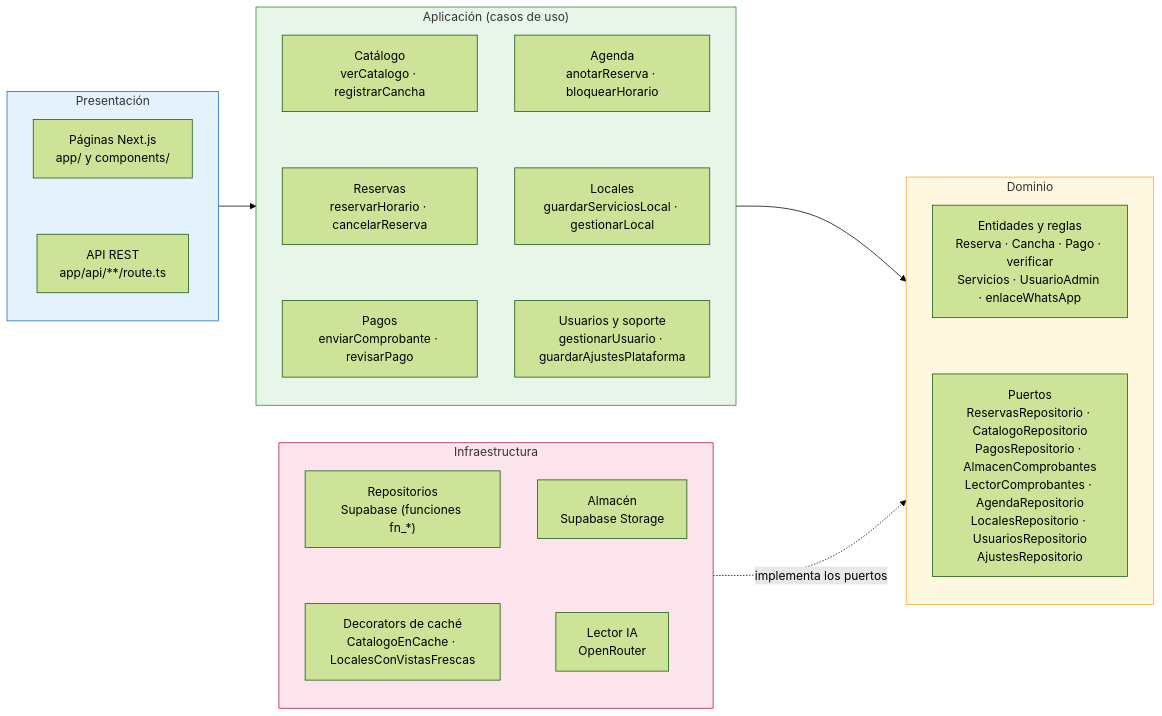
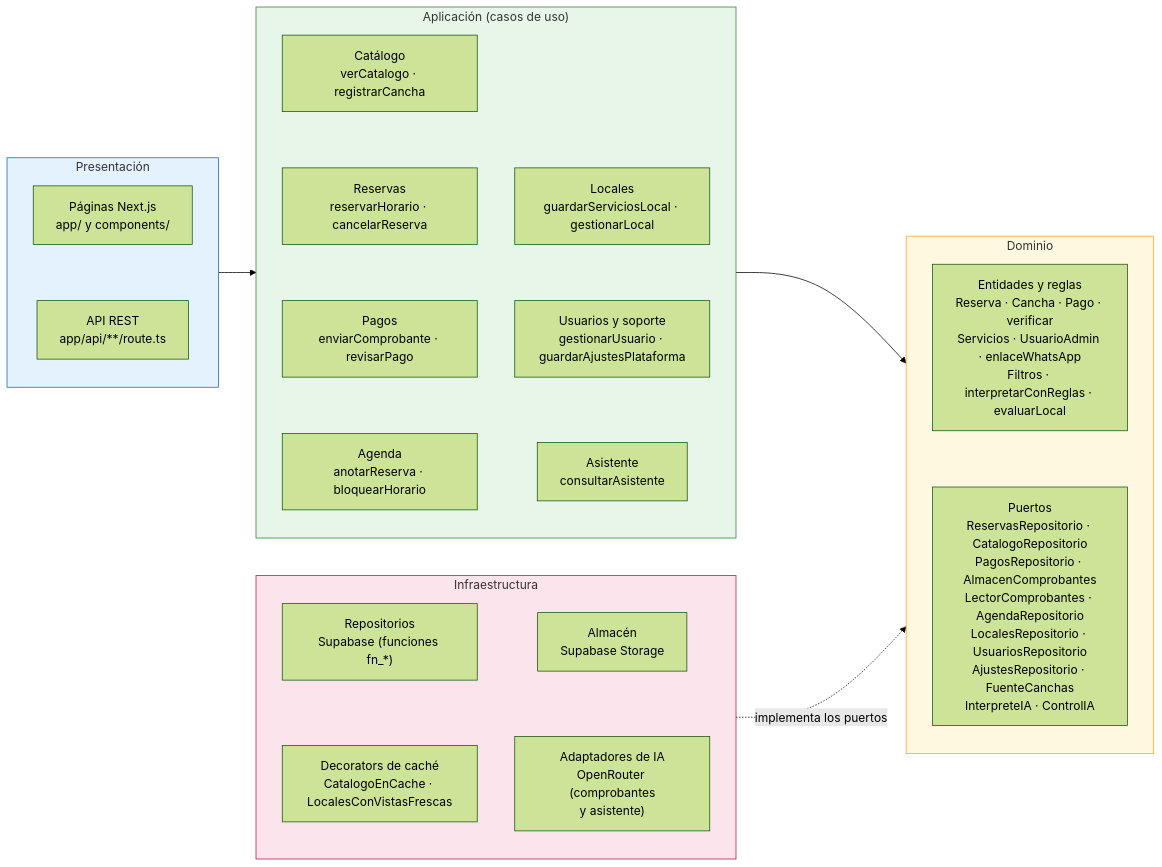
The diagram in img/fuentes-svg/componentes.mmd (edhtsprado27-bit/ReservaYa-Ayacucho), drawn with Mermaid (forest theme) before and after one commit. The commit also changed 33 other files, not shown here.

Commit message:
docs: spec 013, ADR-015 y documentos y diagramas actualizados con el asistente

```diff
--- a/img/fuentes-svg/componentes.mmd
+++ b/img/fuentes-svg/componentes.mmd
@@ -1,42 +1,43 @@
 flowchart LR
     subgraph pres["Presentación"]
         direction TB
         web["Páginas Next.js<br/>app/ y components/"]
         rest["API REST<br/>app/api/**/route.ts"]
         web ~~~ rest
     end
     subgraph app["Aplicación (casos de uso)"]
         direction TB
         uc1["Catálogo<br/>verCatalogo · registrarCancha"]
         uc2["Reservas<br/>reservarHorario · cancelarReserva"]
         uc3["Pagos<br/>enviarComprobante · revisarPago"]
         uc4["Agenda<br/>anotarReserva · bloquearHorario"]
         uc5["Locales<br/>guardarServiciosLocal · gestionarLocal"]
         uc6["Usuarios y soporte<br/>gestionarUsuario · guardarAjustesPlataforma"]
-        uc1 ~~~ uc2 ~~~ uc3
-        uc4 ~~~ uc5 ~~~ uc6
+        uc7["Asistente<br/>consultarAsistente"]
+        uc1 ~~~ uc2 ~~~ uc3 ~~~ uc4
+        uc5 ~~~ uc6 ~~~ uc7
     end
     subgraph dom["Dominio"]
         direction TB
-        ent["Entidades y reglas<br/>Reserva · Cancha · Pago · verificar<br/>Servicios · UsuarioAdmin · enlaceWhatsApp"]
-        ports["Puertos<br/>ReservasRepositorio · CatalogoRepositorio<br/>PagosRepositorio · AlmacenComprobantes<br/>LectorComprobantes · AgendaRepositorio<br/>LocalesRepositorio · UsuariosRepositorio<br/>AjustesRepositorio"]
+        ent["Entidades y reglas<br/>Reserva · Cancha · Pago · verificar<br/>Servicios · UsuarioAdmin · enlaceWhatsApp<br/>Filtros · interpretarConReglas · evaluarLocal"]
+        ports["Puertos<br/>ReservasRepositorio · CatalogoRepositorio<br/>PagosRepositorio · AlmacenComprobantes<br/>LectorComprobantes · AgendaRepositorio<br/>LocalesRepositorio · UsuariosRepositorio<br/>AjustesRepositorio · FuenteCanchas<br/>InterpreteIA · ControlIA"]
         ent ~~~ ports
     end
     subgraph infra["Infraestructura"]
         direction TB
         pg["Repositorios<br/>Supabase (funciones fn_*)"]
         ca["Decorators de caché<br/>CatalogoEnCache · LocalesConVistasFrescas"]
         st["Almacén<br/>Supabase Storage"]
-        or["Lector IA<br/>OpenRouter"]
+        or["Adaptadores de IA<br/>OpenRouter (comprobantes<br/>y asistente)"]
         pg ~~~ ca
         st ~~~ or
     end
 
     pres --> app
     app --> dom
     infra -. "implementa los puertos" .-> dom
 
     style pres fill:#e3f2fd,stroke:#1565c0
     style app fill:#e8f5e9,stroke:#2e7d32
     style dom fill:#fff8e1,stroke:#f9a825
     style infra fill:#fce4ec,stroke:#ad1457
```
